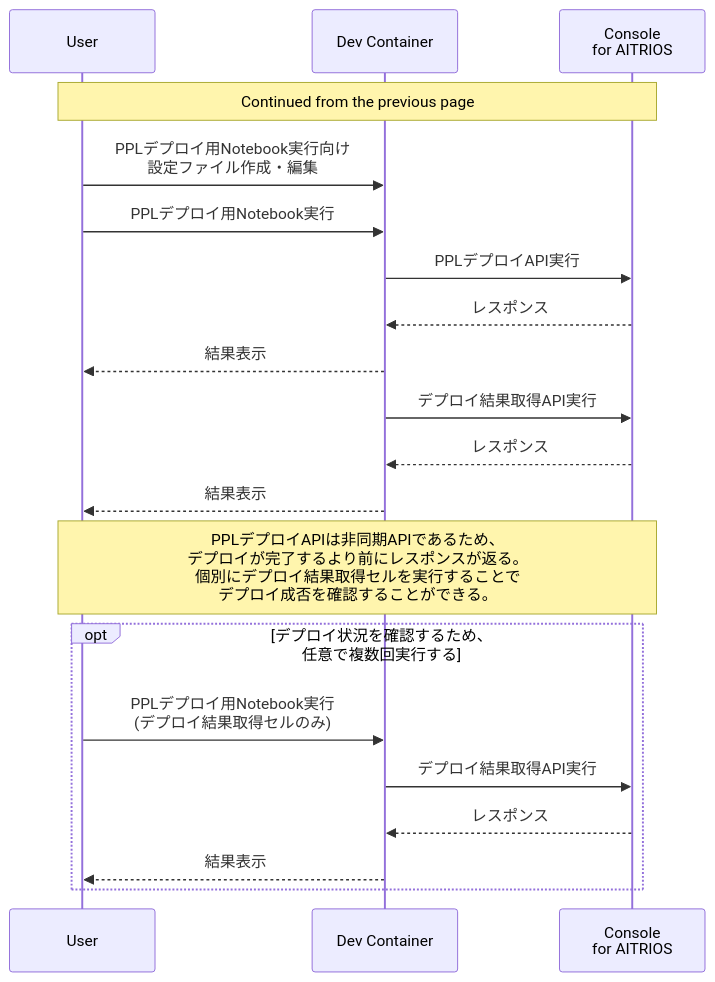
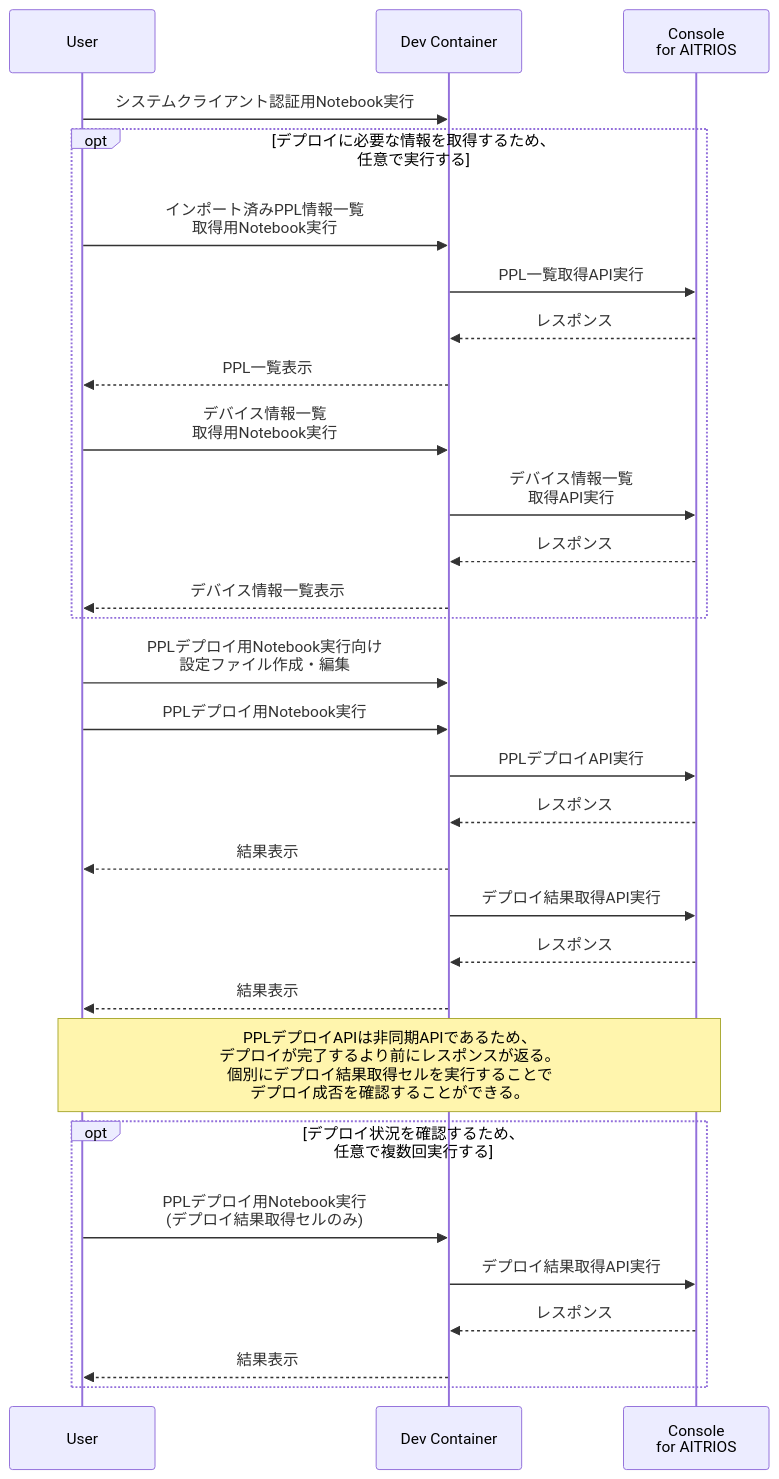
One commit to ZucchiniTang/aitrios-sdk-vision-sensing-app changed the ninth of 9 diagrams in docs/development-docs/AsciiDoc/VisionandSensingApplicationSDK_FuncSpec_ModelAndPPLDeploy_ja.adoc. Above: the diagram before and after it, drawn with Mermaid. The commit also changed other lines of this file and 255 other files, not shown here.

```diff
--- a/docs/development-docs/AsciiDoc/VisionandSensingApplicationSDK_FuncSpec_ModelAndPPLDeploy_ja.adoc
+++ b/docs/development-docs/AsciiDoc/VisionandSensingApplicationSDK_FuncSpec_ModelAndPPLDeploy_ja.adoc
@@ -451,27 +389,38 @@
-[mermaid]
+[mermaid, target="PPLデプロイ シーケンス"]
 ----
 %%{init:{'themeCSS':'text.actor {font-size:18px !important;} .messageText {font-size:18px !important;} .labelText {font-size:18px !important;} .loopText {font-size:18px !important;} .noteText {font-size:18px !important;}'}}%%
 sequenceDiagram
   participant User
   participant Dev Container
   participant Console as Console <br> for AITRIOS
 
-  Note over User, Console: Continued from the previous page
+  User->>Dev Container: システムクライアント認証用Notebook実行
+  
+  opt デプロイに必要な情報を取得するため、 <br> 任意で実行する
+    User->>Dev Container:インポート済みPPL情報一覧 <br> 取得用Notebook実行
+    Dev Container->>Console:PPL一覧取得API実行
+    Console-->>Dev Container: レスポンス
+    Dev Container-->>User: PPL一覧表示
+    User->>Dev Container: デバイス情報一覧 <br> 取得用Notebook実行
+    Dev Container->>Console:デバイス情報一覧 <br> 取得API実行
+    Console-->>Dev Container: レスポンス
+    Dev Container-->>User: デバイス情報一覧表示
+  end
 
   User->>Dev Container: PPLデプロイ用Notebook実行向け <br> 設定ファイル作成・編集
   User->>Dev Container: PPLデプロイ用Notebook実行
   Dev Container->>Console: PPLデプロイAPI実行
   Console-->>Dev Container: レスポンス
   Dev Container-->>User: 結果表示
   Dev Container->>Console: デプロイ結果取得API実行
   Console-->>Dev Container: レスポンス
   Dev Container-->>User: 結果表示
       Note over User, Console: PPLデプロイAPIは非同期APIであるため、<br> デプロイが完了するより前にレスポンスが返る。 <br> 個別にデプロイ結果取得セルを実行することで<br>デプロイ成否を確認することができる。
   
   opt デプロイ状況を確認するため、<br> 任意で複数回実行する
-    User->>Dev Container: PPLデプロイ用Notebook実行<br>(デプロイ結果取得セルのみ)
+    User->>Dev Container: PPLデプロイ用Notebook実行 <br> (デプロイ結果取得セルのみ)
     Dev Container->>Console: デプロイ結果取得API実行
     Console-->>Dev Container: レスポンス
     Dev Container-->>User: 結果表示
   end
 ----
```
